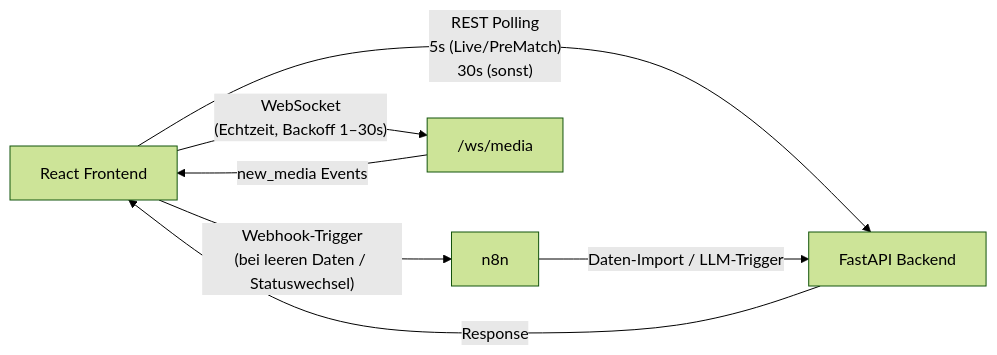
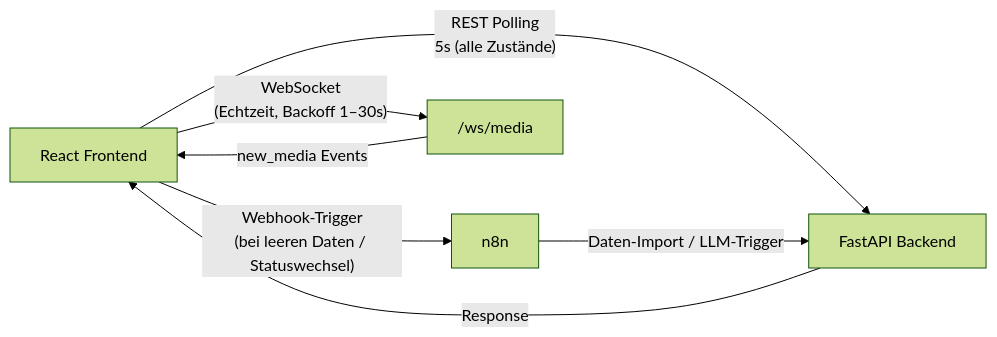
Before and after one commit to JonasKimmer/liveticker-eintracht: the eighth of 8 diagrams in docs/kapitel4_systemkonzeption.md, drawn with Mermaid (forest theme). The commit also changed other lines of this file and 14 other files, not shown here.

````diff
--- a/docs/kapitel4_systemkonzeption.md
+++ b/docs/kapitel4_systemkonzeption.md
@@ -575,12 +580,12 @@
 ```mermaid
 flowchart LR
     FE["React Frontend"]
 
-    FE -- "REST Polling\n5s (Live/PreMatch)\n30s (sonst)" --> BE["FastAPI Backend"]
+    FE -- "REST Polling\n5s (alle Zustände)" --> BE["FastAPI Backend"]
     FE -- "Webhook-Trigger\n(bei leeren Daten / Statuswechsel)" --> N8N["n8n"]
     FE -- "WebSocket\n(Echtzeit, Backoff 1–30s)" --> WS["/ws/media"]
 
     BE -- "Response" --> FE
     N8N -- "Daten-Import / LLM-Trigger" --> BE
     WS -- "new_media Events" --> FE
 ```
````
